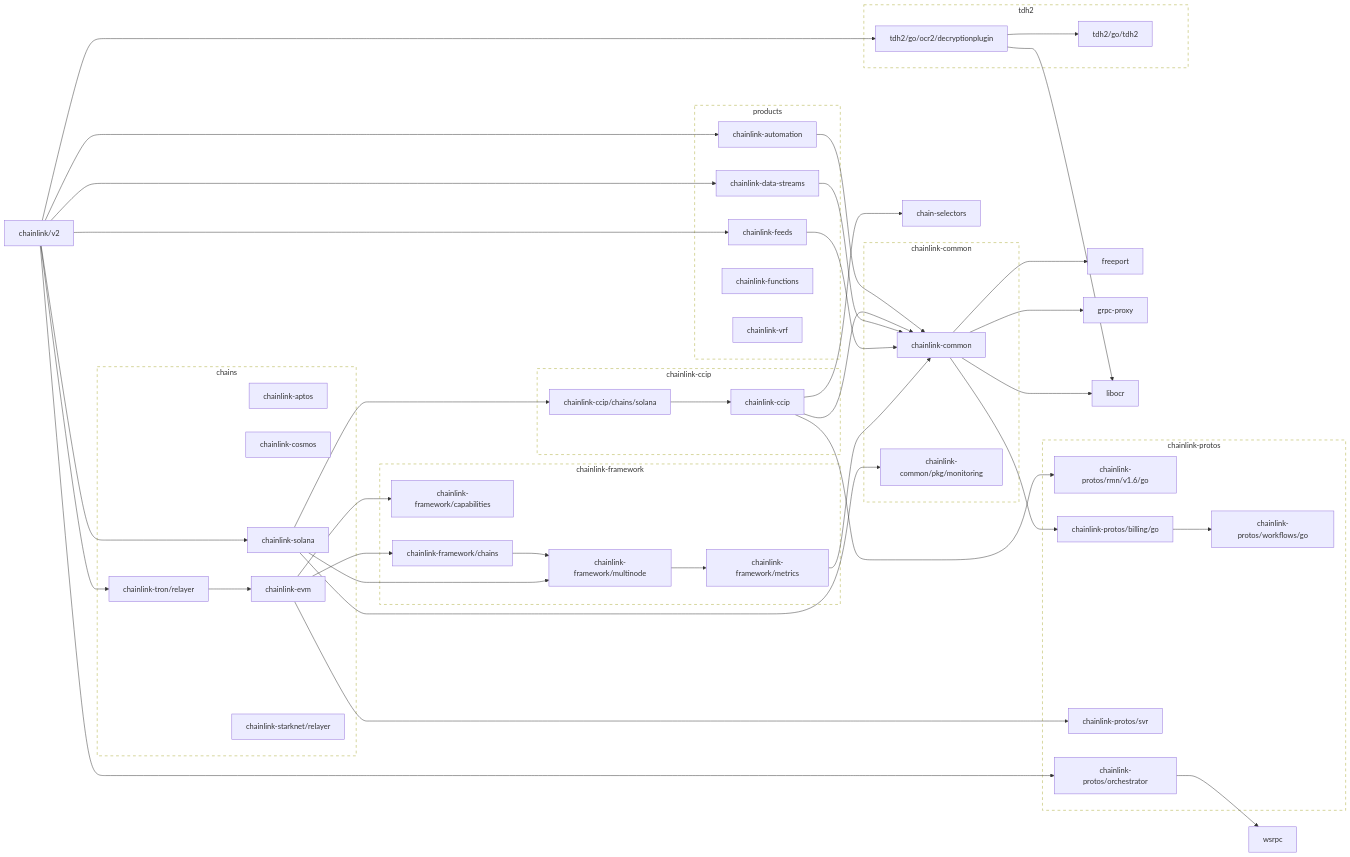
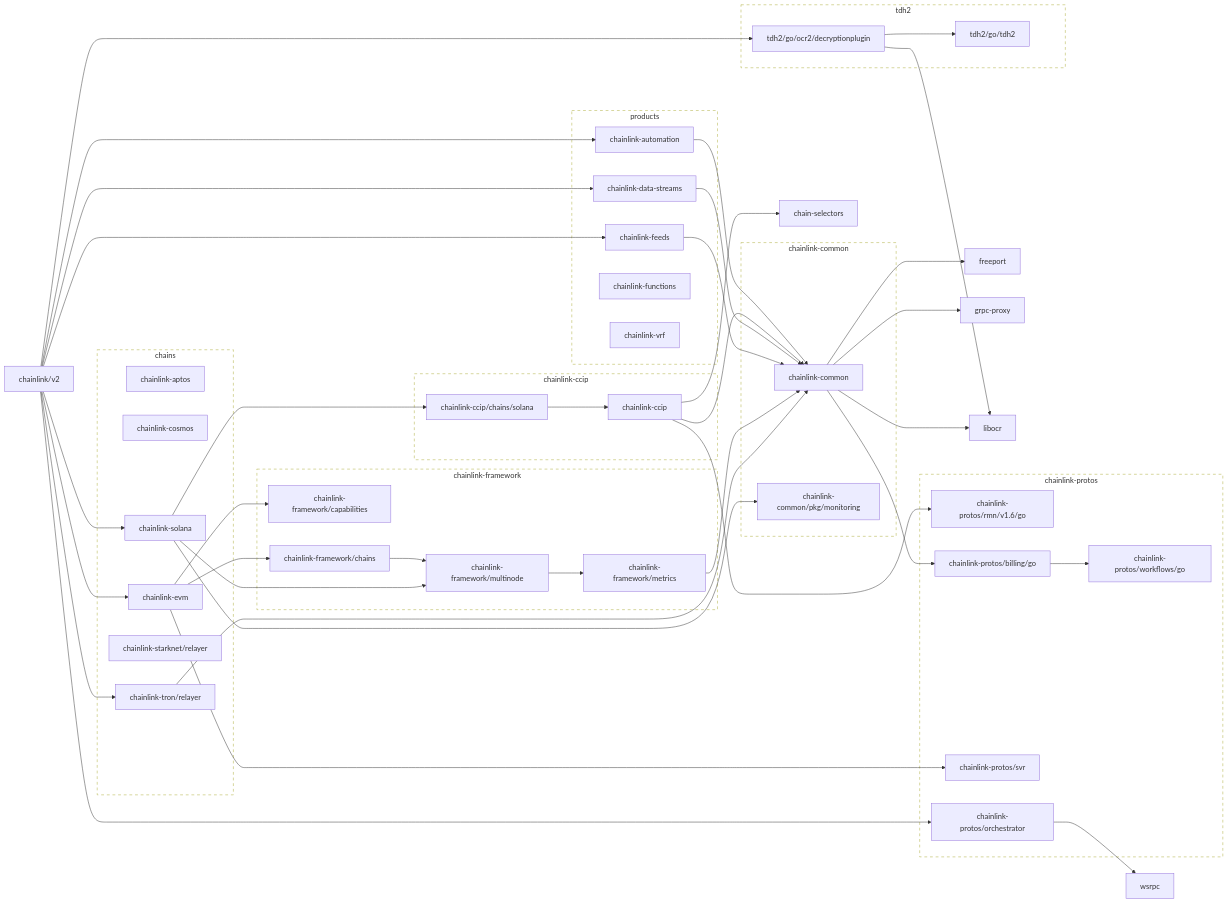
The first of 2 diagrams in go.md (JohnDaWalka/chainlink), drawn with Mermaid before and after one commit. The commit also changed other lines of this file and 17 other files, not shown here.

Commit message:
bump evm & tron; simplify (#17904)

```diff
--- a/go.md
+++ b/go.md
@@ -69,10 +69,11 @@
 	chainlink-solana --> chainlink-common/pkg/monitoring
 	chainlink-solana --> chainlink-framework/multinode
 	click chainlink-solana href "https://github.com/smartcontractkit/chainlink-solana"
-	chainlink-tron/relayer --> chainlink-evm
+	chainlink-tron/relayer --> chainlink-common
 	click chainlink-tron/relayer href "https://github.com/smartcontractkit/chainlink-tron"
 	chainlink/v2 --> chainlink-automation
 	chainlink/v2 --> chainlink-data-streams
+	chainlink/v2 --> chainlink-evm
 	chainlink/v2 --> chainlink-feeds
 	chainlink/v2 --> chainlink-protos/orchestrator
 	chainlink/v2 --> chainlink-solana
```
